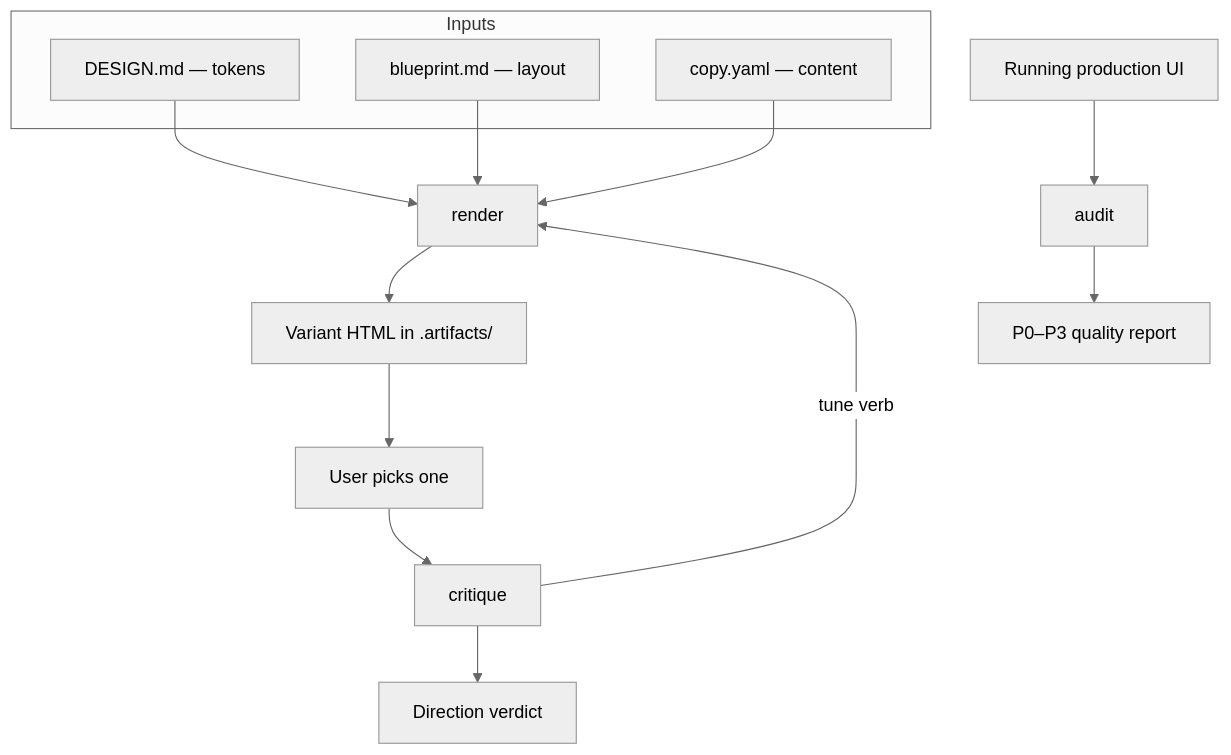
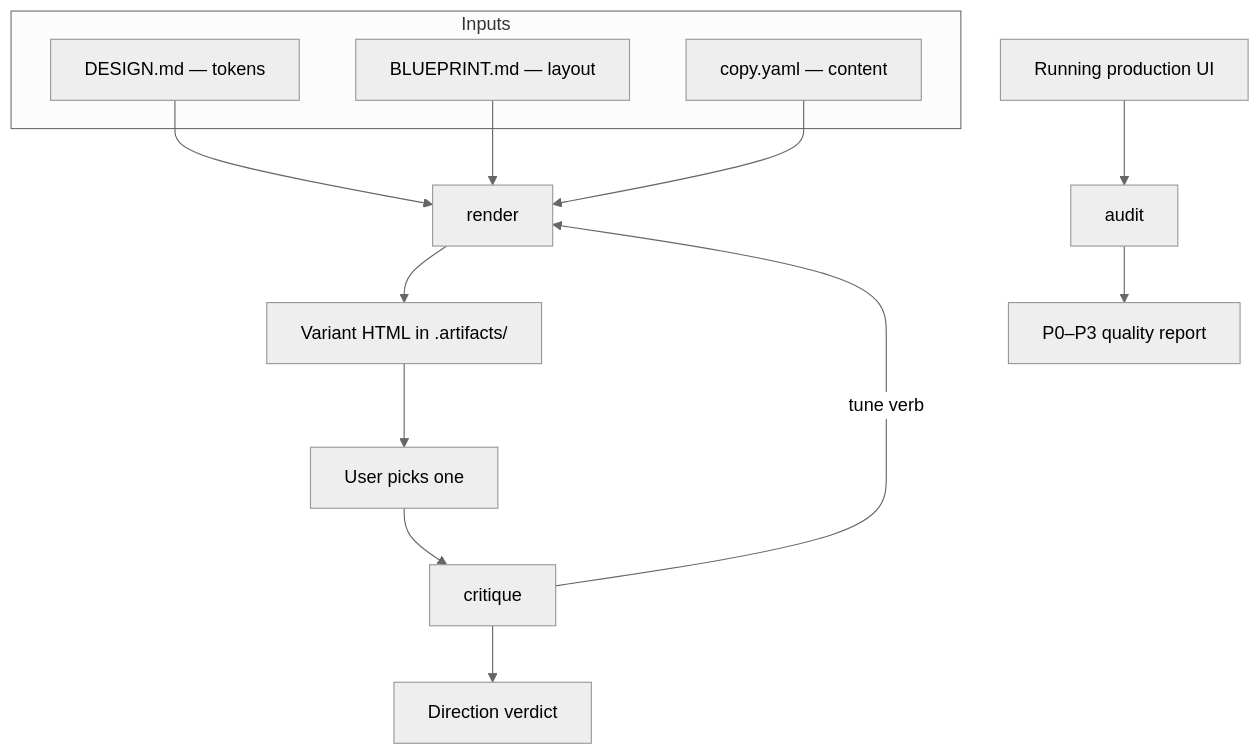
The diagram in skills/product/craft-ui/README.md (adeonir/agent-skills), drawn with Mermaid (neutral theme) before and after one commit. The commit also changed other lines of this file and 8 other files, not shown here.

````diff
--- a/skills/product/craft-ui/README.md
+++ b/skills/product/craft-ui/README.md
@@ -7,18 +7,18 @@
 ```mermaid
 flowchart TD
     subgraph inputs[Inputs]
       D[DESIGN.md — tokens]
-      B[blueprint.md — layout]
+      B[BLUEPRINT.md — layout]
       C[copy.yaml — content]
     end
     D --> R[render]
     B --> R
     C --> R
     R --> V[Variant HTML in .artifacts/]
     V --> Pick[User picks one]
     Pick --> Cr[critique]
     Cr -->|tune verb| R
     Cr --> DV[Direction verdict]
     UI[Running production UI] --> Au[audit]
     Au --> RP[P0–P3 quality report]
 ```
````
